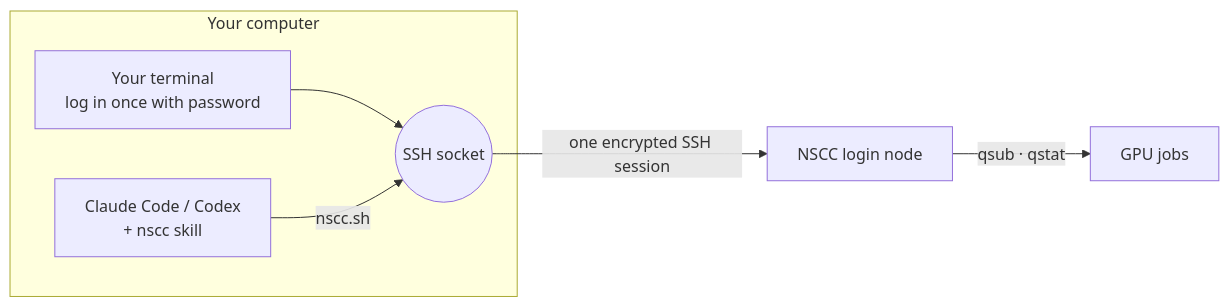
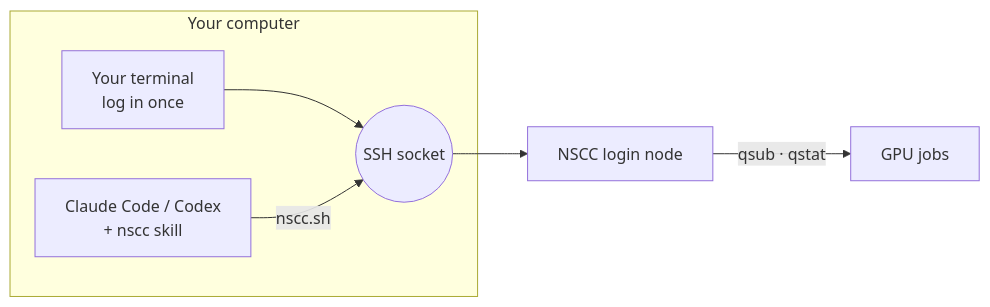
One commit to LBWSquare666/nscc-agent changed the diagram in README.md. Above: the diagram before and after it, drawn with Mermaid. The commit also changed other lines of this file and 2 other files, not shown here.

````diff
--- a/README.md
+++ b/README.md
@@ -107,9 +86,9 @@
 ```mermaid
 flowchart LR
   subgraph PC[Your computer]
-    T[Your terminal<br/>log in once with password] --> S((SSH socket))
+    T[Your terminal<br/>log in once] --> S((SSH socket))
     A[Claude Code / Codex<br/>+ nscc skill] -->|nscc.sh| S
   end
-  S -->|one encrypted SSH session| L[NSCC login node]
+  S --> L[NSCC login node]
   L -->|qsub · qstat| G[GPU jobs]
 ```
````
